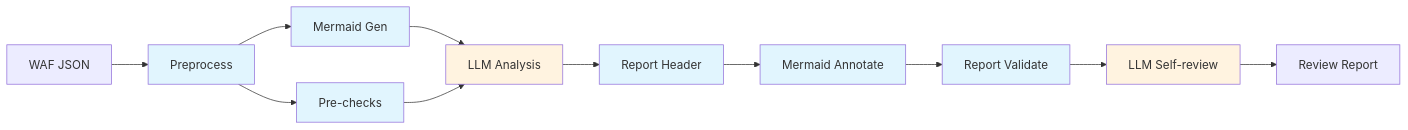
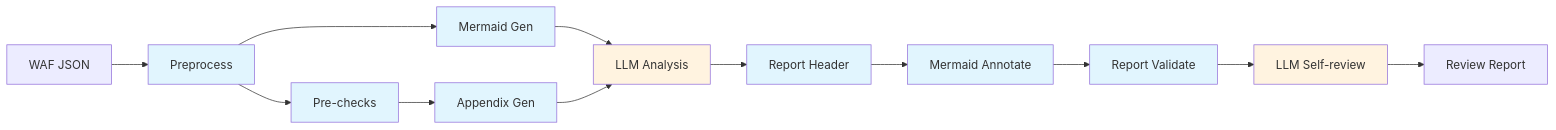
One commit to chenghit/aws-waf-rules-reviewer changed the diagram in README_EN.md. Above: the diagram before and after it, drawn with Mermaid. The commit also changed other lines of this file and 1 other file, not shown here.

Commit message:
docs: fix install description, update pre-check count, add appendix to workflow diagram, fix context size

````diff
--- a/README_EN.md
+++ b/README_EN.md
@@ -9,22 +9,24 @@
 ```mermaid
 flowchart LR
     A["WAF JSON"] --> B["Preprocess"]
     B --> C["Mermaid Gen"]
     B --> D["Pre-checks"]
+    D --> D2["Appendix Gen"]
     C --> E["LLM Analysis"]
-    D --> E
+    D2 --> E
     E --> E2["Report Header"]
     E2 --> F["Mermaid Annotate"]
     F --> G["Report Validate"]
     G --> H["LLM Self-review"]
     H --> I["Review Report"]
 
     style B fill:#e1f5fe
     style C fill:#e1f5fe
     style D fill:#e1f5fe
+    style D2 fill:#e1f5fe
     style E2 fill:#e1f5fe
     style F fill:#e1f5fe
     style G fill:#e1f5fe
     style E fill:#fff3e0
     style H fill:#fff3e0
 ```
````
